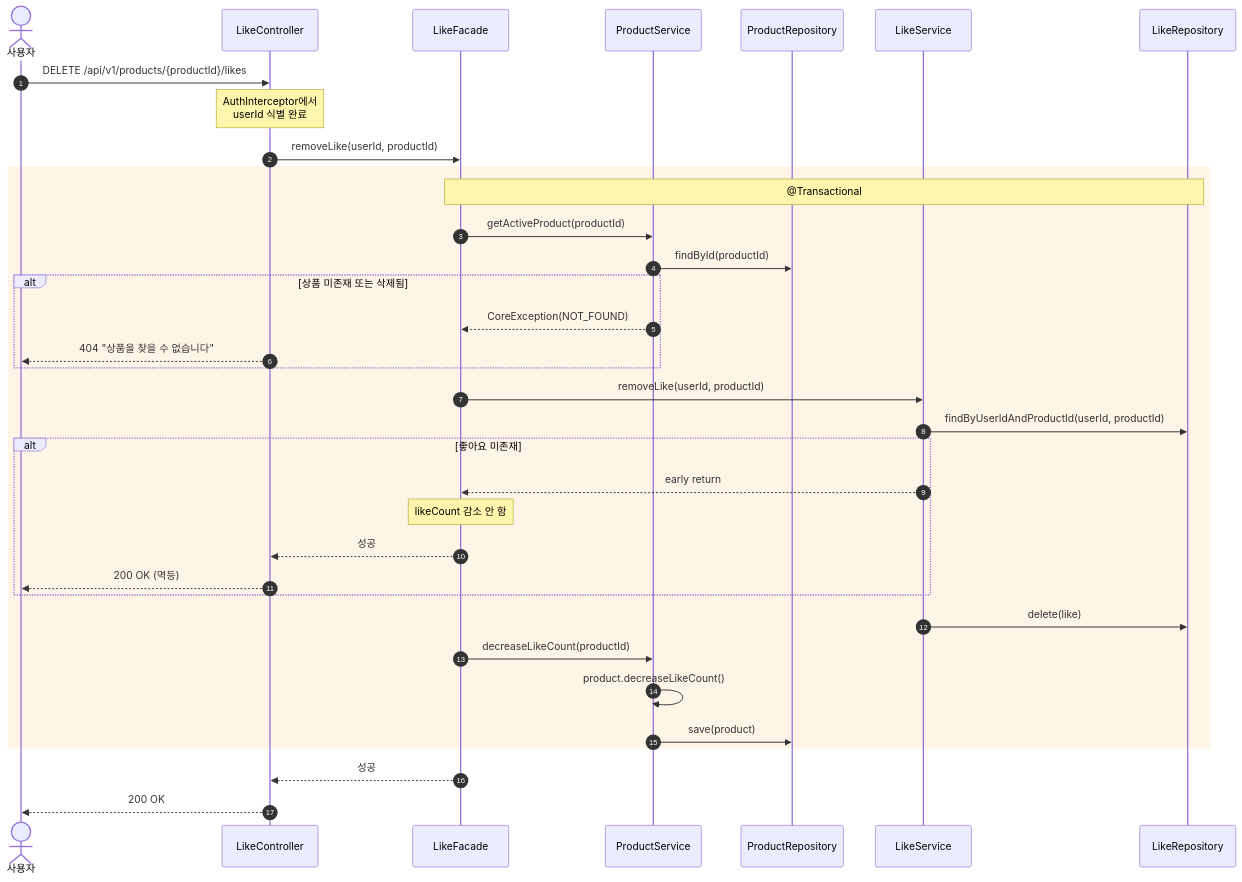
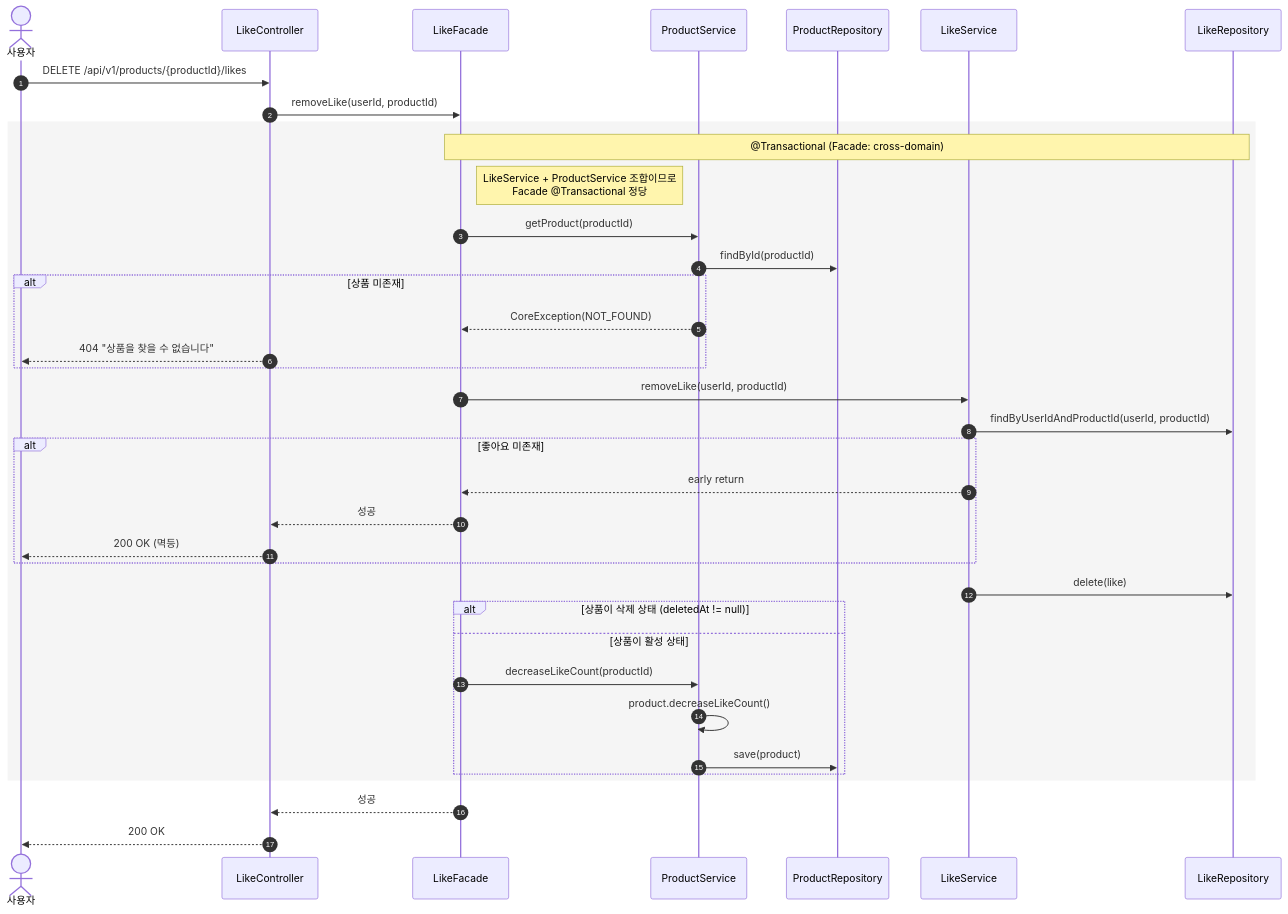
Before and after one commit to Loopers-dev-lab/loop-pack-be-l2-vol3-kotlin: diagram 15 of 21 in docs/design/02-sequence-diagrams.md, drawn with Mermaid. The commit also changed other lines of this file and 5 other files, not shown here.

````diff
--- a/docs/design/02-sequence-diagrams.md
+++ b/docs/design/02-sequence-diagrams.md
@@ -532,43 +536,46 @@
 ```mermaid
 sequenceDiagram
     autonumber
     actor User as 사용자
     participant C as LikeController
     participant F as LikeFacade
     participant PS as ProductService
     participant PR as ProductRepository
     participant LS as LikeService
     participant LR as LikeRepository
     User ->> C: DELETE /api/v1/products/{productId}/likes
-    Note over C: AuthInterceptor에서<br/>userId 식별 완료
     C ->> F: removeLike(userId, productId)
 
-    rect rgb(255, 245, 230)
-        Note over F, LR: @Transactional
-        F ->> PS: getActiveProduct(productId)
+    rect rgb(245, 245, 245)
+        Note over F, LR: @Transactional (Facade: cross-domain)
+        Note right of F: LikeService + ProductService 조합이므로<br/>Facade @Transactional 정당
+        F ->> PS: getProduct(productId)
         PS ->> PR: findById(productId)
 
-        alt 상품 미존재 또는 삭제됨
+        alt 상품 미존재
             PS -->> F: CoreException(NOT_FOUND)
             C -->> User: 404 "상품을 찾을 수 없습니다"
         end
 
         F ->> LS: removeLike(userId, productId)
         LS ->> LR: findByUserIdAndProductId(userId, productId)
 
         alt 좋아요 미존재
             LS -->> F: early return
-            Note over F: likeCount 감소 안 함
             F -->> C: 성공
             C -->> User: 200 OK (멱등)
         end
 
         LS ->> LR: delete(like)
-        F ->> PS: decreaseLikeCount(productId)
-        PS ->> PS: product.decreaseLikeCount()
-        PS ->> PR: save(product)
+
+        alt 상품이 삭제 상태 (deletedAt != null)
+        else 상품이 활성 상태
+            F ->> PS: decreaseLikeCount(productId)
+            PS ->> PS: product.decreaseLikeCount()
+            PS ->> PR: save(product)
+        end
     end
 
     F -->> C: 성공
     C -->> User: 200 OK
 ```
````
